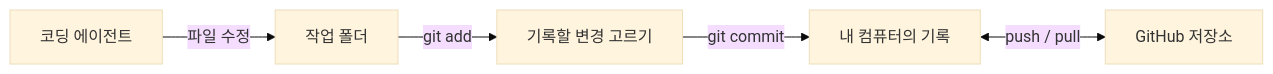
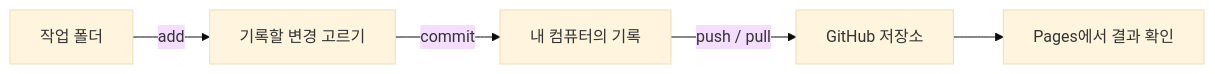
One commit to qus0in-factory/learn changed the diagram in docs/261102/source/slides/slides.md. Above: the diagram before and after it, drawn with Mermaid (base theme). The commit also changed other lines of this file and 16 other files, not shown here.

````diff
--- a/docs/261102/source/slides/slides.md
+++ b/docs/261102/source/slides/slides.md
@@ -35,7 +20,7 @@
 ```mermaid
 flowchart LR
-  W[작업 폴더] -->|git add| S[기록할 변경 고르기]
-  S -->|git commit| L[내 컴퓨터의 기록]
-  L <-->|push / pull| R[GitHub 저장소]
-  A[코딩 에이전트] -->|파일 수정| W
+  W[작업 폴더] -->|add| S[기록할 변경 고르기]
+  S -->|commit| L[내 컴퓨터의 기록]
+  L -->|push / pull| R[GitHub 저장소]
+  R --> P[Pages에서 결과 확인]
 ```
````
